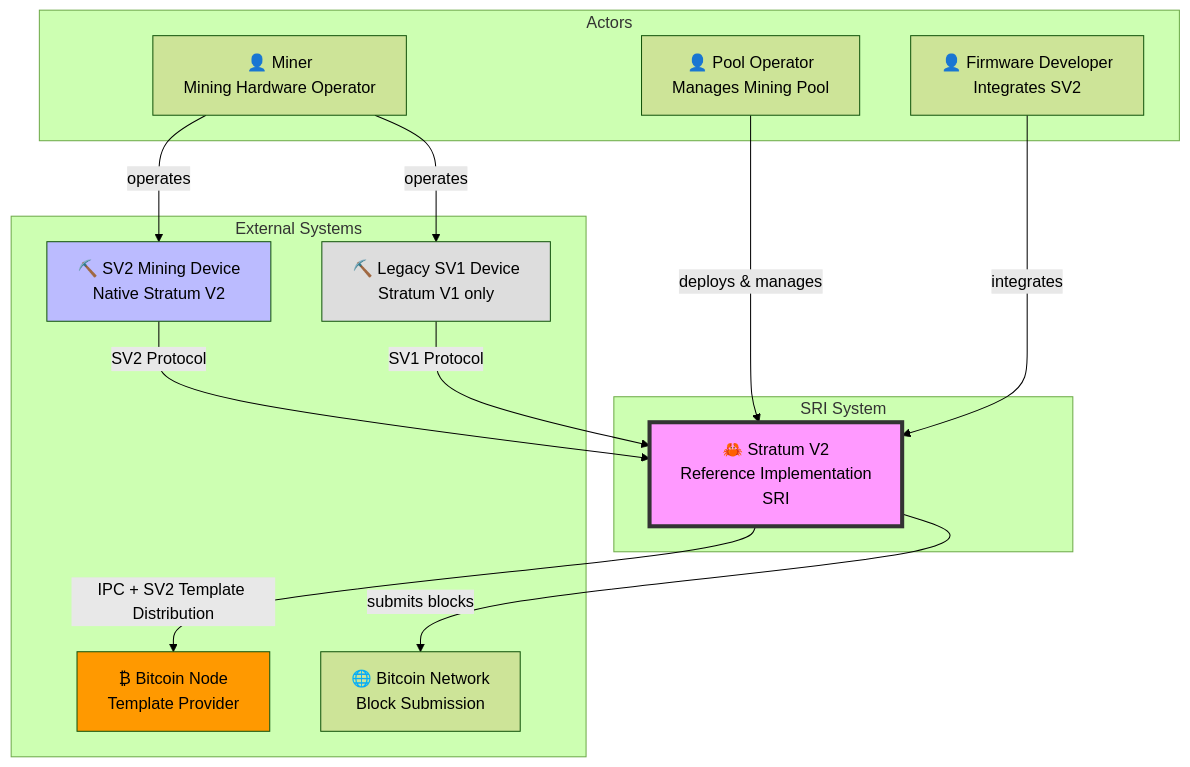
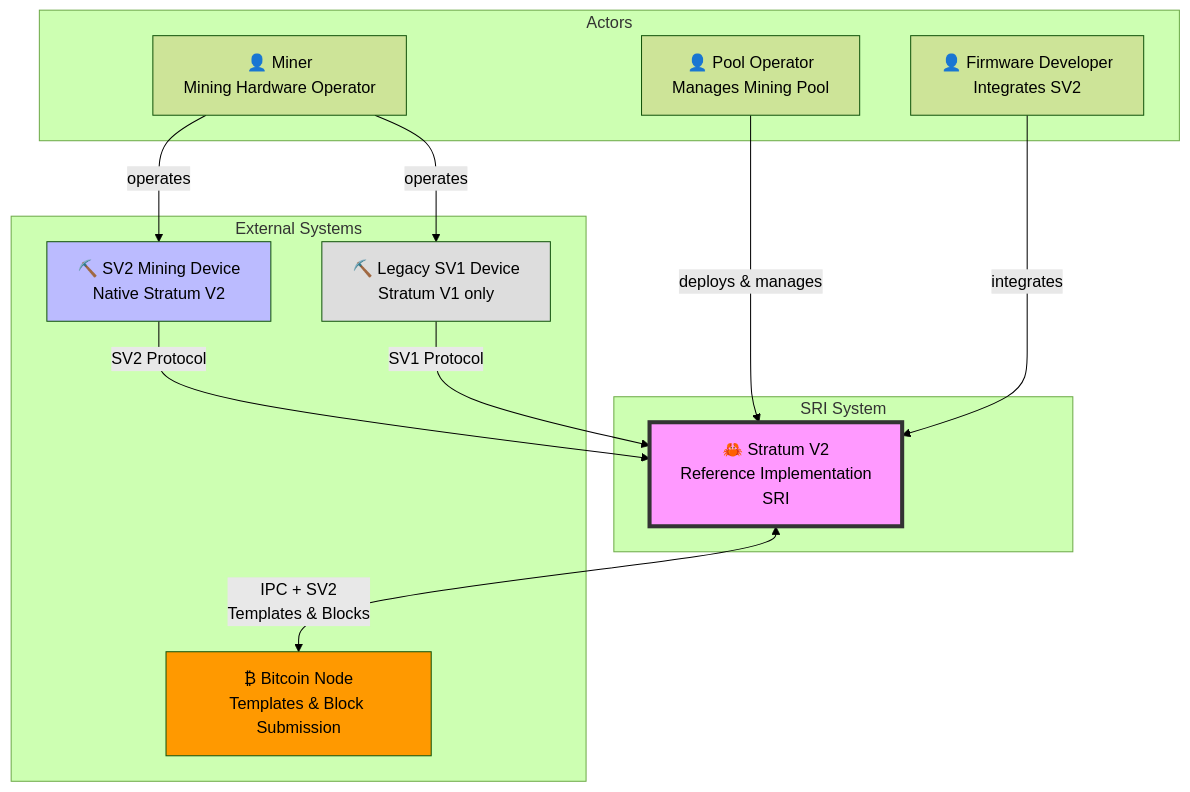
Before and after one commit to EthnTuttle/stratum: the diagram in docs/src/architecture/context.md, drawn with Mermaid (forest theme). The commit also changed other lines of this file, not shown here.

Commit message:
refactor(docs): Consolidate Bitcoin Node and Network into single entity
Simplified the context diagram by combining "Bitcoin Network" into
"Bitcoin Node" since the node handles both:
- Template distribution (via IPC + SV2)
- Block submission and propagation to network

Changed bidirectional arrow to show both template fetching and
block submission happen through the same node interface.

Updated text to clarify node propagates blocks to Bitcoin network.

🦀 Generated with [Claude Code](https://claude.com/claude-code)

````diff
--- a/docs/src/architecture/context.md
+++ b/docs/src/architecture/context.md
@@ -7,34 +7,32 @@
 ```mermaid
 graph TB
     subgraph "Actors"
         Miner[👤 Miner<br/>Mining Hardware Operator]
         PoolOp[👤 Pool Operator<br/>Manages Mining Pool]
         Firmware[👤 Firmware Developer<br/>Integrates SV2]
     end
 
     subgraph "SRI System"
         SRI[🦀 Stratum V2<br/>Reference Implementation<br/>SRI]
     end
 
     subgraph "External Systems"
         SV2Miner[⛏️ SV2 Mining Device<br/>Native Stratum V2]
         SV1Miner[⛏️ Legacy SV1 Device<br/>Stratum V1 only]
-        Bitcoin[₿ Bitcoin Node<br/>Template Provider]
-        Network[🌐 Bitcoin Network<br/>Block Submission]
+        Bitcoin[₿ Bitcoin Node<br/>Templates & Block Submission]
     end
 
     Miner -->|operates| SV2Miner
     Miner -->|operates| SV1Miner
     PoolOp -->|deploys & manages| SRI
     Firmware -->|integrates| SRI
 
     SV2Miner -->|SV2 Protocol| SRI
     SV1Miner -->|SV1 Protocol| SRI
-    SRI -->|IPC + SV2 Template Distribution| Bitcoin
-    SRI -->|submits blocks| Network
+    SRI <-->|IPC + SV2<br/>Templates & Blocks| Bitcoin
 
     style SRI fill:#f9f,stroke:#333,stroke-width:4px
     style SV2Miner fill:#bbf
     style SV1Miner fill:#ddd
     style Bitcoin fill:#f90
 ```
````
